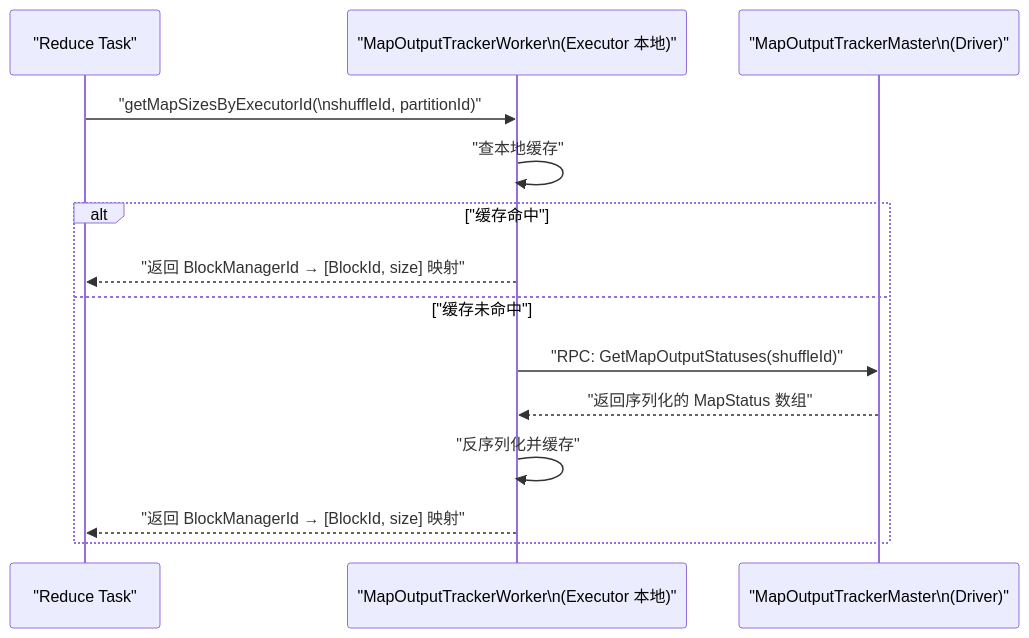
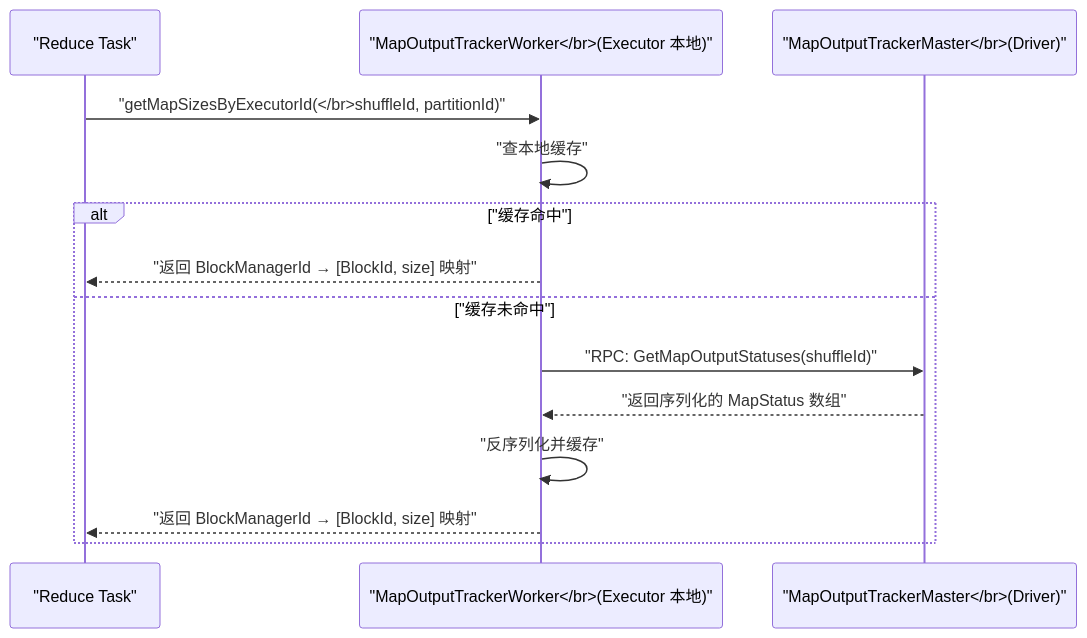
One commit to hpliStartAgain/my-brain changed the first of 5 diagrams in content/大数据/Spark/Spark-Shuffle与内存管理机制深度解析/05 Shuffle Read 深度解剖：拉取、聚合与排序.md. Above: the diagram before and after it, drawn with Mermaid. The commit also changed other lines of this file and 202 other files, not shown here.

````diff
--- a/content/大数据/Spark/Spark-Shuffle与内存管理机制深度解析/05 Shuffle Read 深度解剖：拉取、聚合与排序.md
+++ b/content/大数据/Spark/Spark-Shuffle与内存管理机制深度解析/05 Shuffle Read 深度解剖：拉取、聚合与排序.md
@@ -32,18 +32,18 @@
 ```mermaid
 %%{init: {"theme": "dracula", "themeVariables": {"primaryColor": "#6272a4", "primaryTextColor": "#f8f8f2", "primaryBorderColor": "#bd93f9", "lineColor": "#ff79c6", "secondaryColor": "#44475a", "tertiaryColor": "#282a36"}}}%%
 sequenceDiagram
     participant RT as "Reduce Task"
-    participant MOTW as "MapOutputTrackerWorker\n(Executor 本地)"
-    participant MOTM as "MapOutputTrackerMaster\n(Driver)"
+    participant MOTW as "MapOutputTrackerWorker</br>(Executor 本地)"
+    participant MOTM as "MapOutputTrackerMaster</br>(Driver)"
 
-    RT->>MOTW: "getMapSizesByExecutorId(\nshuffleId, partitionId)"
+    RT->>MOTW: "getMapSizesByExecutorId(</br>shuffleId, partitionId)"
     MOTW->>MOTW: "查本地缓存"
     alt "缓存命中"
         MOTW-->>RT: "返回 BlockManagerId → [BlockId, size] 映射"
     else "缓存未命中"
         MOTW->>MOTM: "RPC: GetMapOutputStatuses(shuffleId)"
         MOTM-->>MOTW: "返回序列化的 MapStatus 数组"
         MOTW->>MOTW: "反序列化并缓存"
         MOTW-->>RT: "返回 BlockManagerId → [BlockId, size] 映射"
     end
 ```
````
